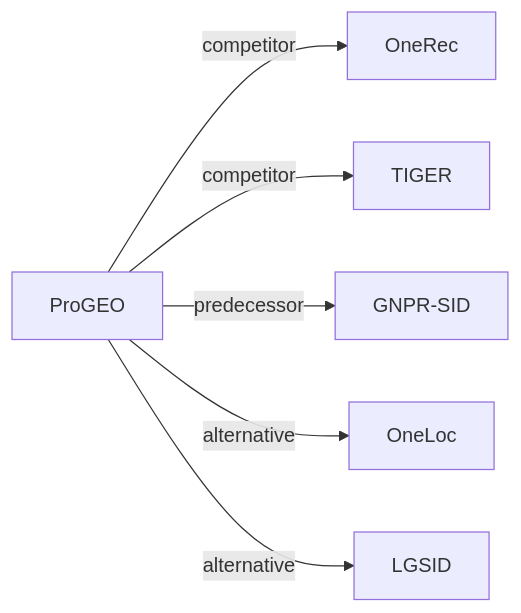
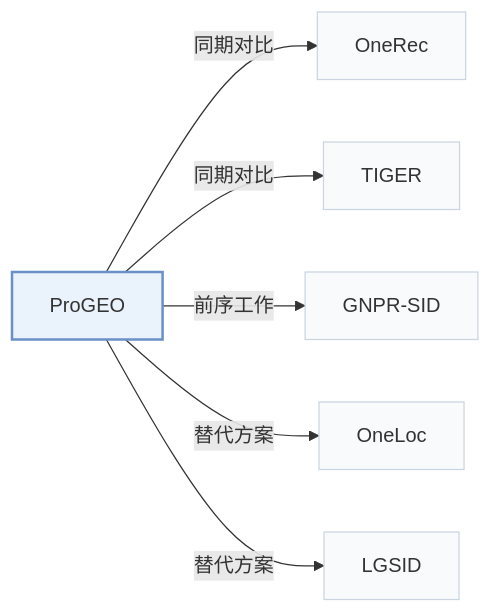
Before and after one commit to Galaxy-ghost/Awesome-SID-Generative-Rec: the third of 3 diagrams in pages/zh/papers/progeo.md, drawn with Mermaid. The commit also changed other lines of this file and 649 other files, not shown here.

Commit message:
writer-05: also tags and modality index (schema, check, build, visuals); summary field removed; calibration data for 12 papers

````diff
--- a/pages/zh/papers/progeo.md
+++ b/pages/zh/papers/progeo.md
@@ -132,9 +144,13 @@
 ```mermaid
 flowchart LR
     P["ProGEO"]
-    P -->|competitor| A["OneRec"]
-    P -->|competitor| B["TIGER"]
-    P -->|predecessor| C["GNPR-SID"]
-    P -->|alternative| D["OneLoc"]
-    P -->|alternative| E["LGSID"]
+    P -->|"同期对比"| A["OneRec"]
+    P -->|"同期对比"| B["TIGER"]
+    P -->|"前序工作"| C["GNPR-SID"]
+    P -->|"替代方案"| D["OneLoc"]
+    P -->|"替代方案"| E["LGSID"]
+    classDef main fill:#eaf2fb,stroke:#6b8fc7,stroke-width:2px
+    classDef peer fill:#f8fafc,stroke:#cbd5e1
+    class P main
+    class A,B,C,D,E peer
 ```
````
